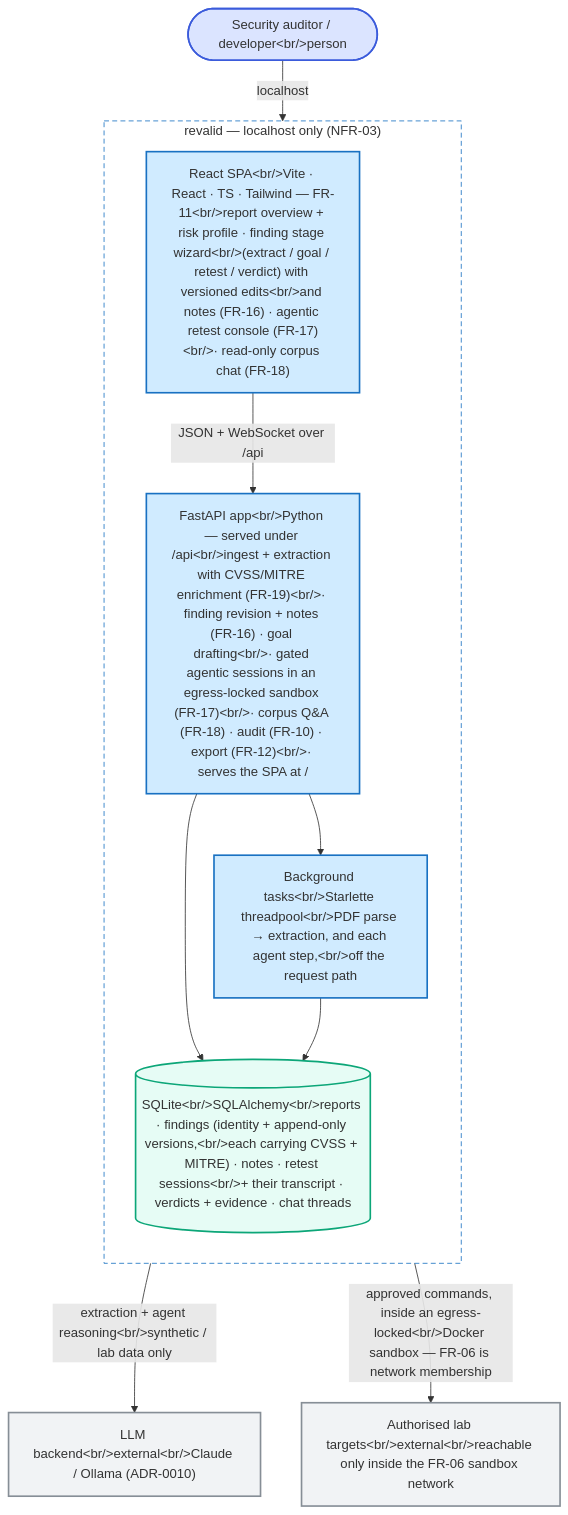
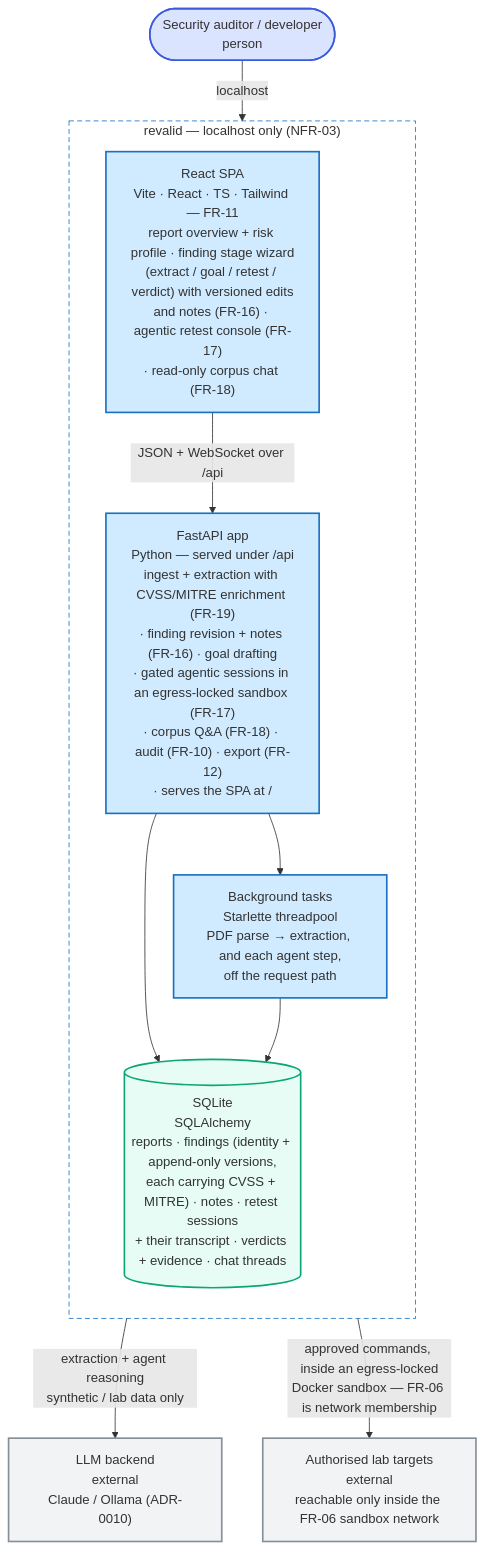
The second of 8 diagrams in docs/architecture/c4.md (SelfishCoconut/revalid), drawn with Mermaid before and after one commit. The commit also changed other lines of this file and 5 other files, not shown here.

First line of the commit message:
fix(docs): every mermaid diagram rendered as a "Syntax error" bomb (#154) (#155)

````diff
--- a/docs/architecture/c4.md
+++ b/docs/architecture/c4.md
@@ -36,33 +36,33 @@
 ```mermaid
 flowchart TB
-    AUD(["Security auditor / developer&lt;br/&gt;person"])
+    AUD(["Security auditor / developer<br/>person"])
 
     subgraph BOUND["revalid — localhost only (NFR-03)"]
         direction TB
-        SPA["React SPA&lt;br/&gt;Vite · React · TS · Tailwind — FR-11&lt;br/&gt;report overview + risk profile · finding stage wizard&lt;br/&gt;(extract / goal / retest / verdict) with versioned edits&lt;br/&gt;and notes (FR-16) · agentic retest console (FR-17)&lt;br/&gt;· read-only corpus chat (FR-18)"]
-        API["FastAPI app&lt;br/&gt;Python — served under /api&lt;br/&gt;ingest + extraction with CVSS/MITRE enrichment (FR-19)&lt;br/&gt;· finding revision + notes (FR-16) · goal drafting&lt;br/&gt;· gated agentic sessions in an egress-locked sandbox (FR-17)&lt;br/&gt;· corpus Q&A (FR-18) · audit (FR-10) · export (FR-12)&lt;br/&gt;· serves the SPA at /"]
-        WRK["Background tasks&lt;br/&gt;Starlette threadpool&lt;br/&gt;PDF parse → extraction, and each agent step,&lt;br/&gt;off the request path"]
-        DB[("SQLite&lt;br/&gt;SQLAlchemy&lt;br/&gt;reports · findings (identity + append-only versions,&lt;br/&gt;each carrying CVSS + MITRE) · notes · retest sessions&lt;br/&gt;+ their transcript · verdicts + evidence · chat threads")]
+        SPA["React SPA<br/>Vite · React · TS · Tailwind — FR-11<br/>report overview + risk profile · finding stage wizard<br/>(extract / goal / retest / verdict) with versioned edits<br/>and notes (FR-16) · agentic retest console (FR-17)<br/>· read-only corpus chat (FR-18)"]
+        API["FastAPI app<br/>Python — served under /api<br/>ingest + extraction with CVSS/MITRE enrichment (FR-19)<br/>· finding revision + notes (FR-16) · goal drafting<br/>· gated agentic sessions in an egress-locked sandbox (FR-17)<br/>· corpus Q&A (FR-18) · audit (FR-10) · export (FR-12)<br/>· serves the SPA at /"]
+        WRK["Background tasks<br/>Starlette threadpool<br/>PDF parse → extraction, and each agent step,<br/>off the request path"]
+        DB[("SQLite<br/>SQLAlchemy<br/>reports · findings (identity + append-only versions,<br/>each carrying CVSS + MITRE) · notes · retest sessions<br/>+ their transcript · verdicts + evidence · chat threads")]
     end
 
-    LLM["LLM backend&lt;br/&gt;external&lt;br/&gt;Claude / Ollama (ADR-0010)"]
-    LAB["Authorised lab targets&lt;br/&gt;external&lt;br/&gt;reachable only inside the FR-06 sandbox network"]
+    LLM["LLM backend<br/>external<br/>Claude / Ollama (ADR-0010)"]
+    LAB["Authorised lab targets<br/>external<br/>reachable only inside the FR-06 sandbox network"]
 
     AUD -->|"localhost"| SPA
     SPA -->|"JSON + WebSocket over /api"| API
     API --> WRK
     API --> DB
     WRK --> DB
-    WRK -->|"extraction + agent reasoning&lt;br/&gt;synthetic / lab data only"| LLM
-    API -->|"approved commands, inside an egress-locked&lt;br/&gt;Docker sandbox — FR-06 is network membership"| LAB
+    WRK -->|"extraction + agent reasoning<br/>synthetic / lab data only"| LLM
+    API -->|"approved commands, inside an egress-locked<br/>Docker sandbox — FR-06 is network membership"| LAB
 
     classDef person fill:#dbe4ff,stroke:#3b5bdb,stroke-width:2px
     classDef container fill:#d0ebff,stroke:#1971c2,stroke-width:2px
     classDef store fill:#e6fcf5,stroke:#0ca678,stroke-width:2px
     classDef ext fill:#f1f3f5,stroke:#868e96,stroke-width:2px
     class AUD person
     class SPA,API,WRK container
     class DB store
     class LLM,LAB ext
     style BOUND fill:none,stroke:#1971c2,stroke-dasharray:6 4
 ```
````
